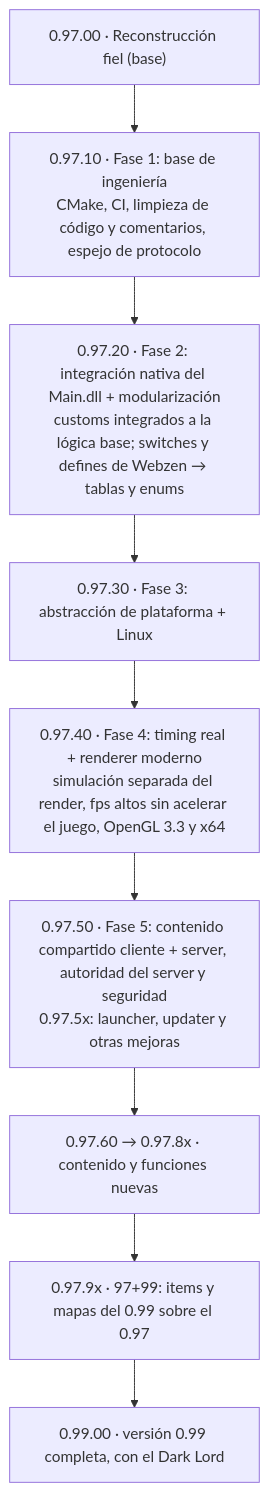
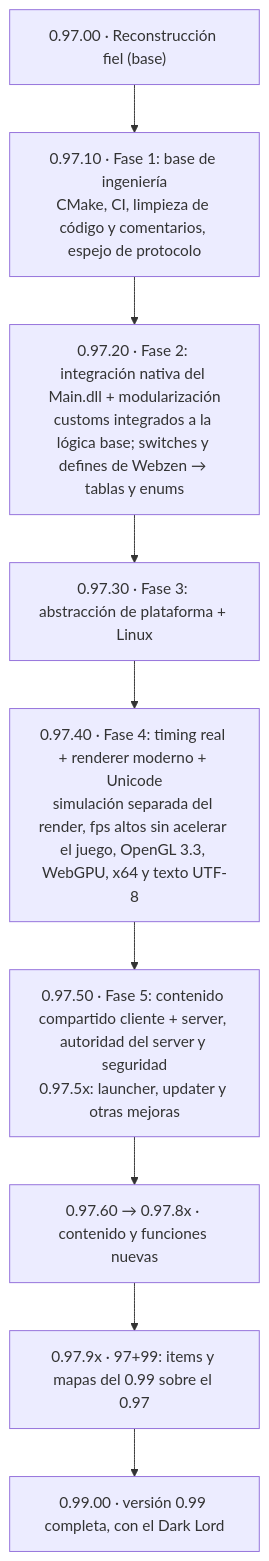
The first of 2 diagrams in README.md (EmanuelCatania/Mu-97k-Client-Source), drawn with Mermaid before and after one commit. The commit also changed other lines of this file and 3 other files, not shown here.

First line of the commit message:
README: Fase 4 (0.97.40), render, textos y Unicode

````diff
--- a/README.md
+++ b/README.md
@@ -590,12 +680,12 @@
 ```mermaid
 flowchart TD
     F0["0.97.00 · Reconstrucción fiel (base)"] --> F1
     F1["0.97.10 · Fase 1: base de ingeniería<br/>CMake, CI, limpieza de código y comentarios, espejo de protocolo"] --> F2
     F2["0.97.20 · Fase 2: integración nativa del Main.dll + modularización<br/>customs integrados a la lógica base; switches y defines de Webzen → tablas y enums"] --> F3
     F3["0.97.30 · Fase 3: abstracción de plataforma + Linux"] --> F4
-    F4["0.97.40 · Fase 4: timing real + renderer moderno<br/>simulación separada del render, fps altos sin acelerar el juego, OpenGL 3.3 y x64"] --> F5
+    F4["0.97.40 · Fase 4: timing real + renderer moderno + Unicode<br/>simulación separada del render, fps altos sin acelerar el juego, OpenGL 3.3, WebGPU, x64 y texto UTF-8"] --> F5
     F5["0.97.50 · Fase 5: contenido compartido cliente + server, autoridad del server y seguridad<br/>0.97.5x: launcher, updater y otras mejoras"] --> F6
     F6["0.97.60 → 0.97.8x · contenido y funciones nuevas"] --> F9
     F9["0.97.9x · 97+99: items y mapas del 0.99 sobre el 0.97"] --> V99
     V99["0.99.00 · versión 0.99 completa, con el Dark Lord"]
 ```
````
